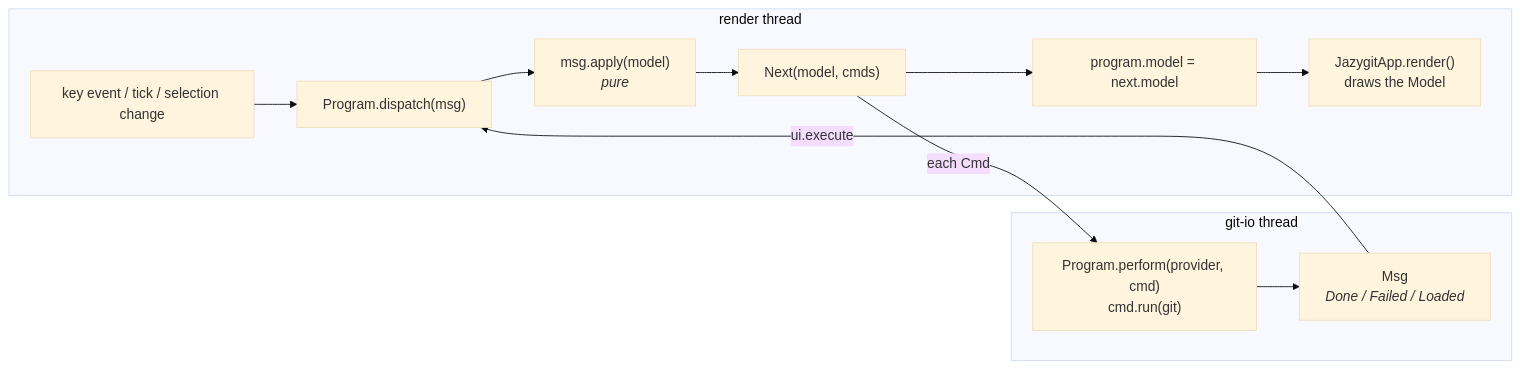
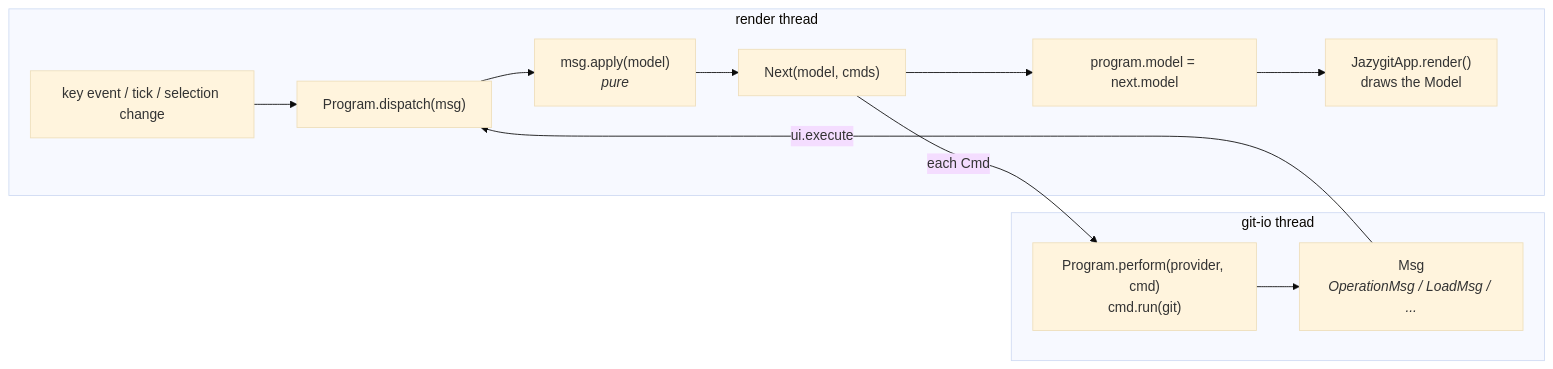
Before and after one commit to cvanfleteren/jazygit: the second of 7 diagrams in ARCHITECTURE.md, drawn with Mermaid (base theme). The commit also changed other lines of this file and 7 other files, not shown here.

First line of the commit message:
Replace the last nulls and imperative code, update the architecture

````diff
--- a/ARCHITECTURE.md
+++ b/ARCHITECTURE.md
@@ -63,15 +63,15 @@
 ```mermaid
 flowchart LR
     subgraph render["render thread"]
         Event["key event / tick / selection change"] --> Dispatch["Program.dispatch(msg)"]
         Dispatch --> Update["msg.apply(model)<br/><i>pure</i>"]
         Update --> Next["Next(model, cmds)"]
         Next --> Store["program.model = next.model"]
         Store --> Render["JazygitApp.render()<br/>draws the Model"]
     end
     subgraph io["git-io thread"]
-        Perform["Program.perform(provider, cmd)<br/>cmd.run(git)"] --> Result["Msg<br/><i>Done / Failed / Loaded</i>"]
+        Perform["Program.perform(provider, cmd)<br/>cmd.run(git)"] --> Result["Msg<br/><i>OperationMsg / LoadMsg / ...</i>"]
     end
     Next -- "each Cmd" --> Perform
     Result -- "ui.execute" --> Dispatch
 ```
````
